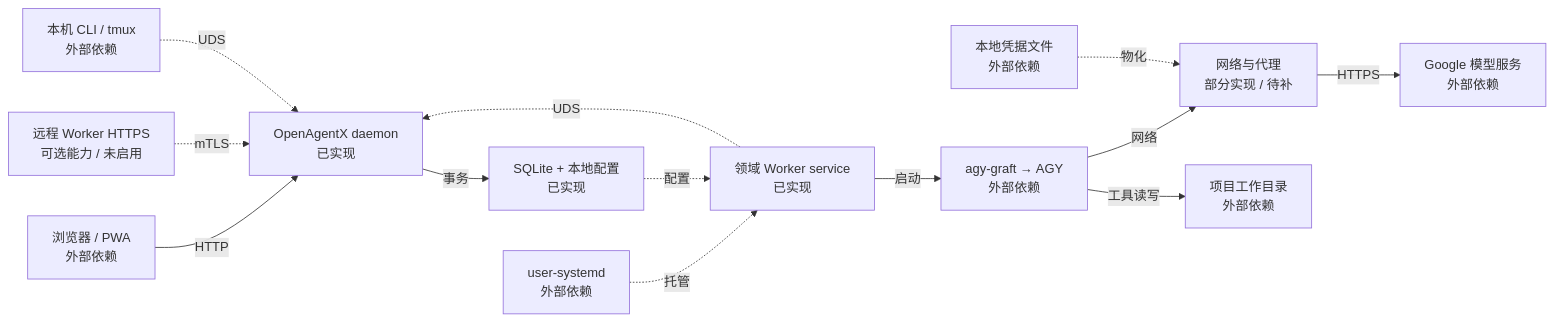
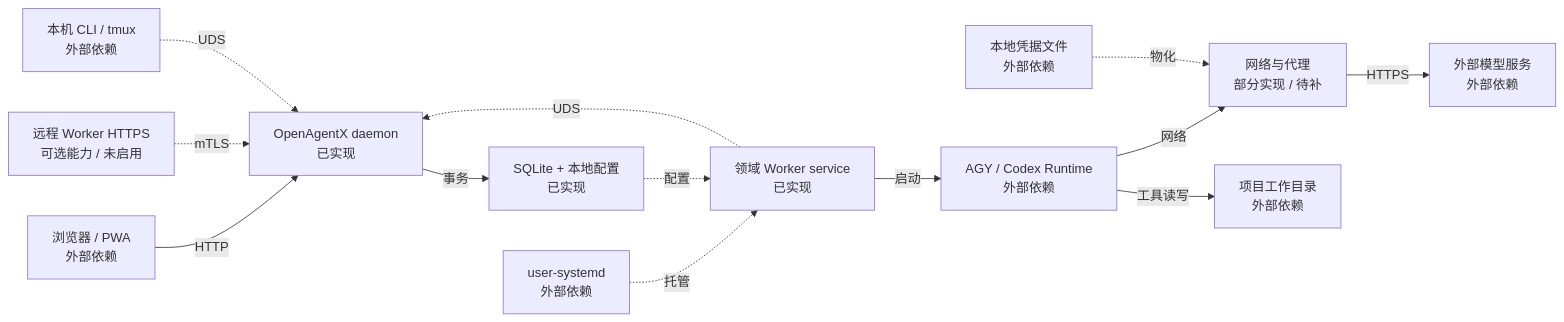
One commit to insky2017/OpenAgentX changed the sixth of 7 diagrams in docs/design/CURRENT_ARCHITECTURE.md. Above: the diagram before and after it, drawn with Mermaid. The commit also changed other lines of this file and 15 other files, not shown here.

Commit message:
docs: refresh architecture and terminal collaboration diagrams

````diff
--- a/docs/design/CURRENT_ARCHITECTURE.md
+++ b/docs/design/CURRENT_ARCHITECTURE.md
@@ -297,27 +309,27 @@
 ```mermaid
 flowchart LR
   browser["浏览器 / PWA<br/>外部依赖"]
   daemon["OpenAgentX daemon<br/>已实现"]
   remote["远程 Worker HTTPS<br/>可选能力 / 未启用"]
-  google["Google 模型服务<br/>外部依赖"]
+  google["外部模型服务<br/>外部依赖"]
   terminal["本机 CLI / tmux<br/>外部依赖"]
   worker["领域 Worker service<br/>已实现"]
-  agy["agy-graft → AGY<br/>外部依赖"]
+  agy["AGY / Codex Runtime<br/>外部依赖"]
   proxy["网络与代理<br/>部分实现 / 待补"]
   systemd["user-systemd<br/>外部依赖"]
   store["SQLite + 本地配置<br/>已实现"]
   workspace["项目工作目录<br/>外部依赖"]
   secrets["本地凭据文件<br/>外部依赖"]
   browser -->|"HTTP"| daemon
   remote -.->|"mTLS"| daemon
   terminal -.->|"UDS"| daemon
   worker -.->|"UDS"| daemon
   worker -->|"启动"| agy
   agy -->|"网络"| proxy
   proxy -->|"HTTPS"| google
   agy -->|"工具读写"| workspace
   secrets -.->|"物化"| proxy
   systemd -.->|"托管"| worker
   daemon -->|"事务"| store
   store -.->|"配置"| worker
 ```
````
